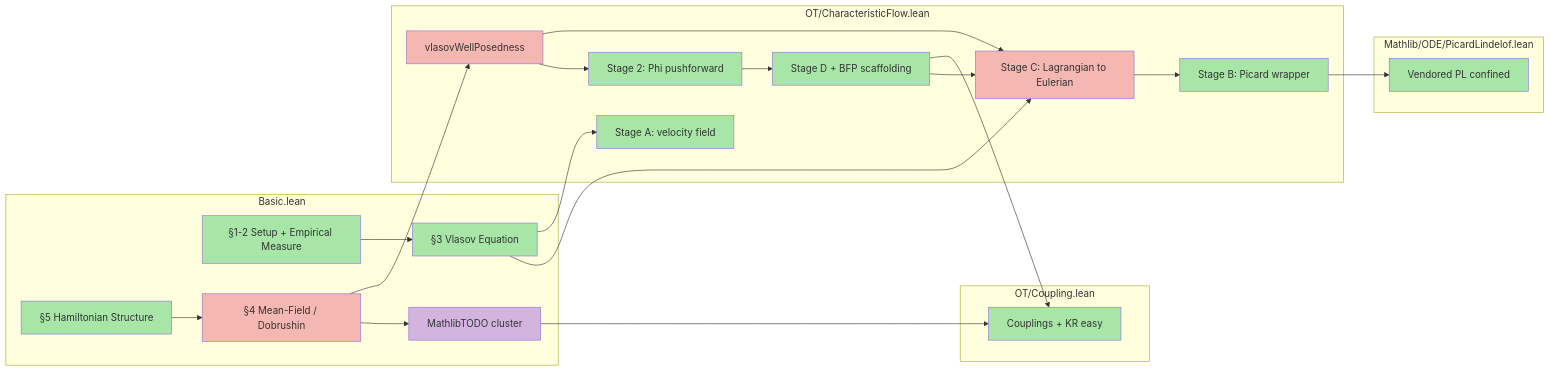
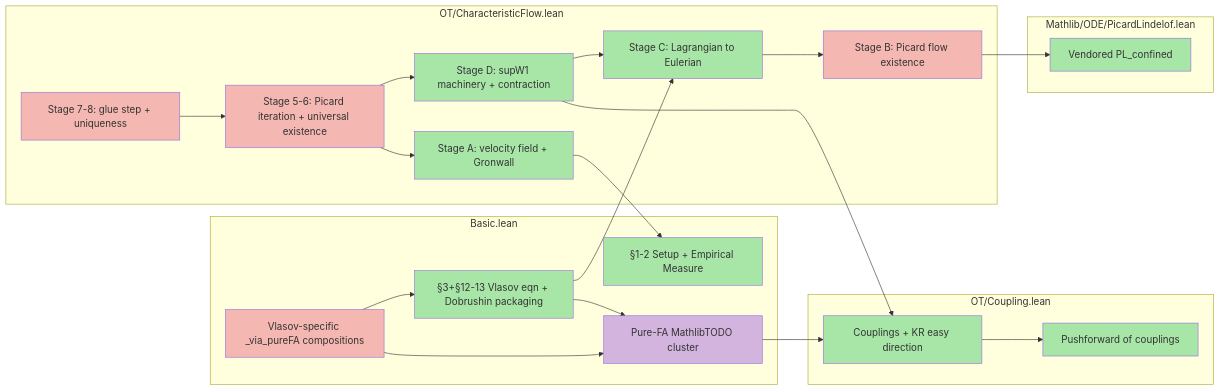
Before and after one commit to Hydrodynamical/Vlasov_Meanfield_Formalization: the diagram in Vlasov/formalize/codebase-outline.md, drawn with Mermaid. The commit also changed other lines of this file, not shown here.

````diff
--- a/Vlasov/formalize/codebase-outline.md
+++ b/Vlasov/formalize/codebase-outline.md
@@ -13,56 +16,56 @@
 ```mermaid
 flowchart LR
-    subgraph Basic["Basic.lean"]
-        B1["§1-2 Setup + Empirical Measure"]
-        B2["§3 Vlasov Equation"]
-        B3["§4 Mean-Field / Dobrushin"]
-        B4["§5 Hamiltonian Structure"]
-        MT["MathlibTODO cluster"]
-    end
+  subgraph Basic["Basic.lean"]
+    S1S2["§1-2 Setup + Empirical Measure"]
+    S3S12["§3+§12-13 Vlasov eqn + Dobrushin packaging"]
+    MFATODO["Pure-FA MathlibTODO cluster"]
+    VlasovComp["Vlasov-specific _via_pureFA compositions"]
+  end
 
-    subgraph Coupling["OT/Coupling.lean"]
-        CK["Couplings + KR easy"]
-    end
+  subgraph Coupling["OT/Coupling.lean"]
+    KReasy["Couplings + KR easy direction"]
+    PushCoup["Pushforward of couplings"]
+  end
 
-    subgraph CF["OT/CharacteristicFlow.lean"]
-        StA["Stage A: velocity field"]
-        StB["Stage B: Picard wrapper"]
-        StC["Stage C: Lagrangian to Eulerian"]
-        StD["Stage D + BFP scaffolding"]
-        StE["Stage 2: Phi pushforward"]
-        WP["vlasovWellPosedness"]
-    end
+  subgraph CharFlow["OT/CharacteristicFlow.lean"]
+    StageA["Stage A: velocity field + Gronwall"]
+    StageB["Stage B: Picard flow existence"]
+    StageC["Stage C: Lagrangian to Eulerian"]
+    StageD["Stage D: supW1 machinery + contraction"]
+    Stage56["Stage 5-6: Picard iteration + universal existence"]
+    Stage78["Stage 7-8: glue step + uniqueness"]
+  end
 
-    subgraph PL["Mathlib/ODE/PicardLindelof.lean"]
-        VPL["Vendored PL confined"]
-    end
+  subgraph PL["Mathlib/ODE/PicardLindelof.lean"]
+    PLconf["Vendored PL_confined"]
+  end
 
-    StB --> VPL
-    StC --> StB
-    StD --> StC
-    StD --> CK
-    StE --> StD
-    WP --> StE
-    WP --> StC
-    B2 --> StC
-    B2 --> StA
-    B3 --> MT
-    MT --> CK
-    B3 --> WP
-    B4 --> B3
-    B1 --> B2
+  StageB --> PLconf
+  StageC --> StageB
+  StageD --> StageC
+  StageD --> KReasy
+  Stage56 --> StageD
+  Stage56 --> StageA
+  Stage78 --> Stage56
+  S3S12 --> StageC
+  S3S12 --> MFATODO
+  VlasovComp --> MFATODO
+  VlasovComp --> S3S12
+  KReasy --> PushCoup
+  StageA --> S1S2
+  MFATODO --> KReasy
 
-    style B1 fill:#a8e6a8
-    style B2 fill:#a8e6a8
-    style B3 fill:#f5b7b1
-    style B4 fill:#a8e6a8
-    style MT fill:#d2b4de
-    style CK fill:#a8e6a8
-    style StA fill:#a8e6a8
-    style StB fill:#a8e6a8
-    style StC fill:#f5b7b1
-    style StD fill:#a8e6a8
-    style StE fill:#a8e6a8
-    style WP fill:#f5b7b1
-    style VPL fill:#a8e6a8
+  style S1S2 fill:#a8e6a8
+  style S3S12 fill:#a8e6a8
+  style MFATODO fill:#d2b4de
+  style VlasovComp fill:#f5b7b1
+  style KReasy fill:#a8e6a8
+  style PushCoup fill:#a8e6a8
+  style StageA fill:#a8e6a8
+  style StageB fill:#f5b7b1
+  style StageC fill:#a8e6a8
+  style StageD fill:#a8e6a8
+  style Stage56 fill:#f5b7b1
+  style Stage78 fill:#f5b7b1
+  style PLconf fill:#a8e6a8
 ```
````
